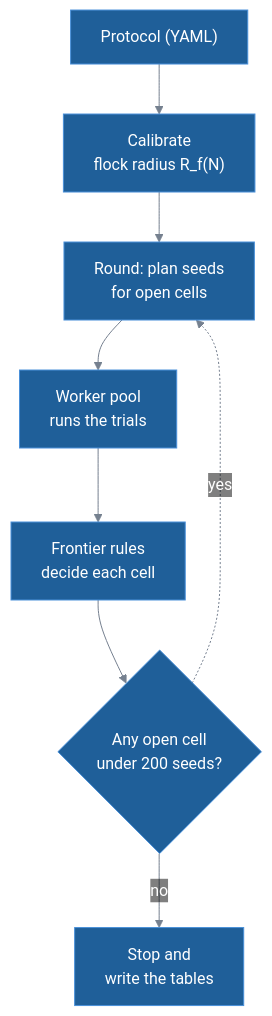
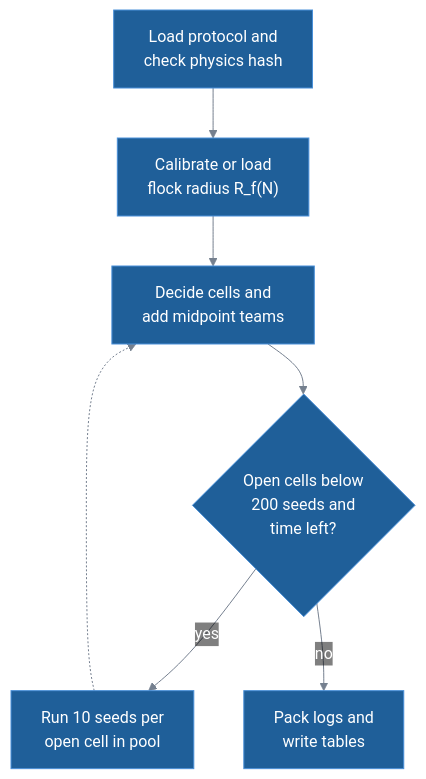
The second of 2 diagrams in docs/codes/architecture.md (lykimq/HerdSim), drawn with Mermaid before and after one commit. The commit also changed other lines of this file and 8 other files, not shown here.

````diff
--- a/docs/codes/architecture.md
+++ b/docs/codes/architecture.md
@@ -71,12 +62,10 @@
 ```mermaid
 %%{init: {"theme": "base", "themeVariables": {"primaryColor": "#1f5f99", "primaryTextColor": "#ffffff", "primaryBorderColor": "#4a90d9", "lineColor": "#75808f", "tertiaryTextColor": "#75808f", "titleColor": "#75808f", "clusterBkg": "transparent", "clusterBorder": "#75808f", "edgeLabelBackground": "transparent"}}}%%
 flowchart TB
-    proto["Protocol (YAML)"] --> calib["Calibrate<br/>flock radius R_f(N)"]
-    calib --> round["Round: plan seeds<br/>for open cells"]
-    pool["Worker pool<br/>runs the trials"]
-    round --> pool
-    pool --> rules["Frontier rules<br/>decide each cell"]
-    rules --> more{"Any open cell<br/>under 200 seeds?"}
-    more -.->|yes| round
-    more -->|no| stop["Stop and<br/>write the tables"]
+    proto["Load protocol and<br/>check physics hash"] --> calib["Calibrate or load<br/>flock radius R_f(N)"]
+    calib --> frontier["Decide cells and<br/>add midpoint teams"]
+    frontier --> check{"Open cells below<br/>200 seeds and<br/>time left?"}
+    check -->|yes| pool["Run 10 seeds per<br/>open cell in pool"]
+    pool -.-> frontier
+    check -->|no| done["Pack logs and<br/>write tables"]
 ```
````
